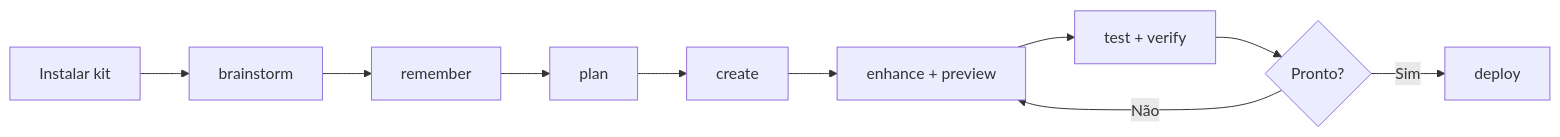
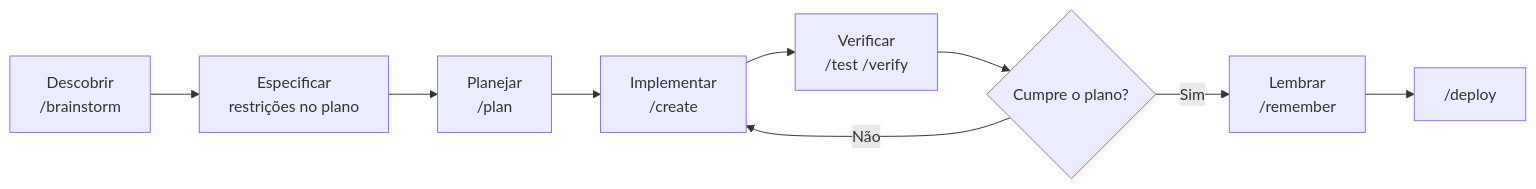
The first of 2 diagrams in README.md (zanetta/axion), drawn with Mermaid before and after one commit. The commit also changed other lines of this file, not shown here.

````diff
--- a/README.md
+++ b/README.md
@@ -308,12 +190,11 @@
 ```mermaid
 flowchart LR
-  A[Instalar kit] --> B["brainstorm"]
-  B --> C["remember"]
-  C --> D["plan"]
-  D --> E["create"]
-  E --> F["enhance + preview"]
-  F --> G["test + verify"]
-  G --> H{Pronto?}
-  H -->|Não| F
-  H -->|Sim| I["deploy"]
+  A["Descobrir\n/brainstorm"] --> B["Especificar\nrestrições no plano"]
+  B --> C["Planejar\n/plan"]
+  C --> D["Implementar\n/create"]
+  D --> E["Verificar\n/test /verify"]
+  E --> F{Cumpre o plano?}
+  F -->|Não| D
+  F -->|Sim| G["Lembrar\n/remember"]
+  G --> H["/deploy"]
 ```
````
